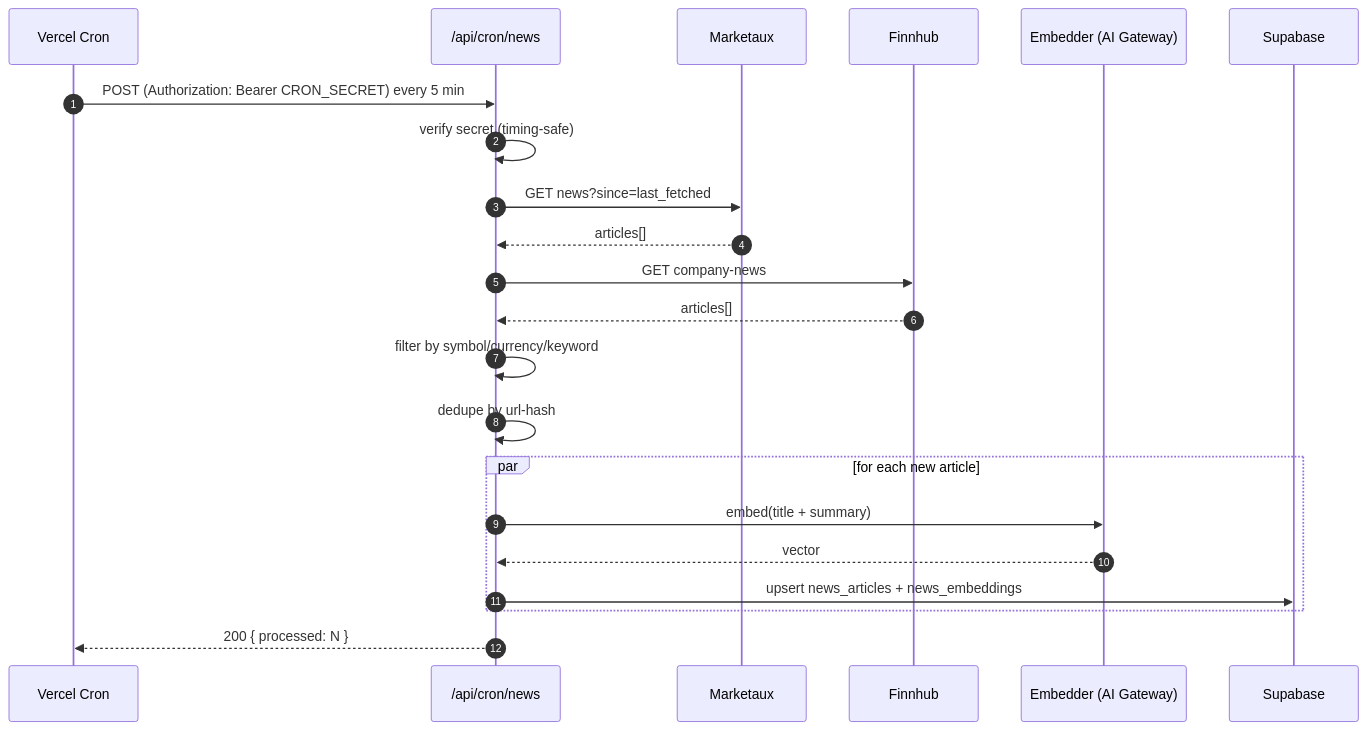
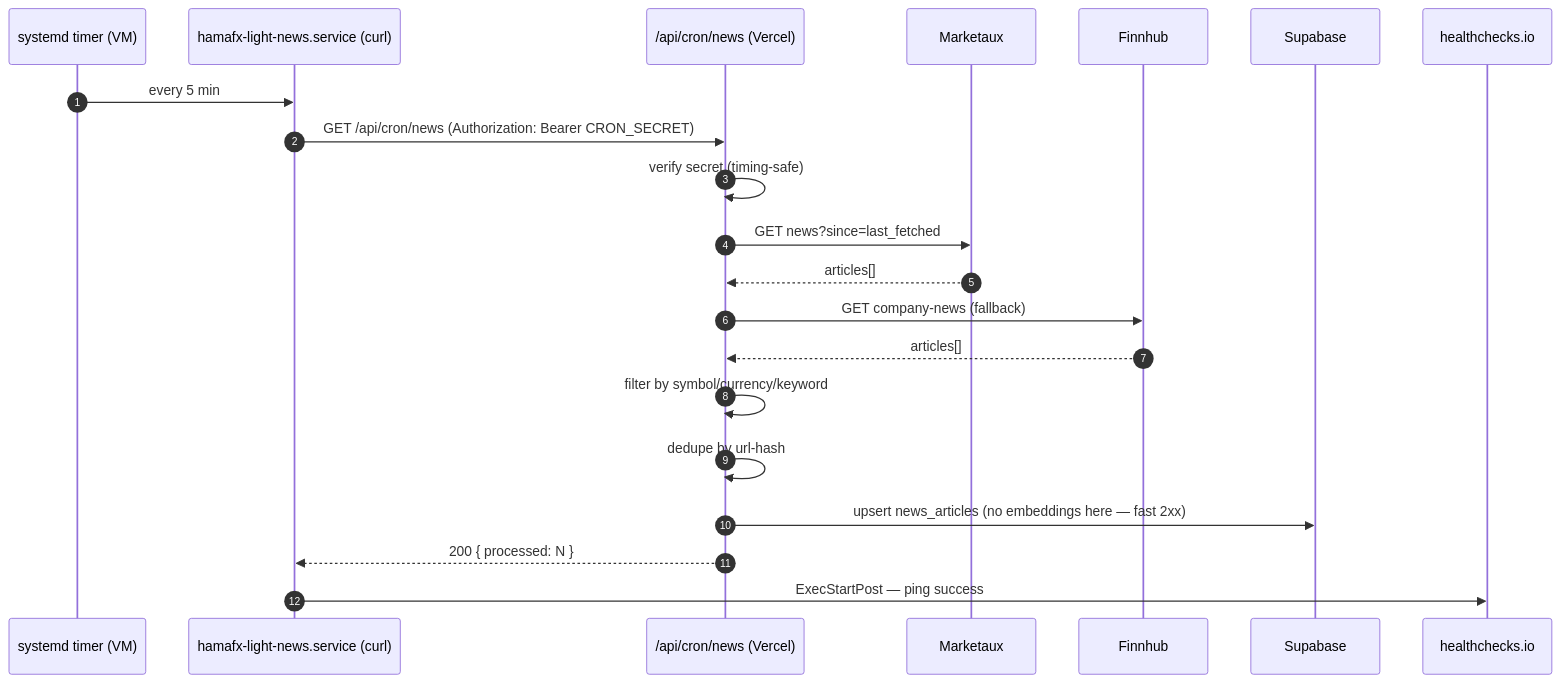
One commit to HamaFx/Kestrel changed the third of 11 diagrams in docs/13-data-flow.md. Above: the diagram before and after it, drawn with Mermaid. The commit also changed other lines of this file and 16 other files, not shown here.

````diff
--- a/docs/13-data-flow.md
+++ b/docs/13-data-flow.md
@@ -79,25 +91,24 @@
 ```mermaid
 sequenceDiagram
     autonumber
-    participant V as Vercel Cron
-    participant W as /api/cron/news
+    participant T as systemd timer (VM)
+    participant Light as hamafx-light-news.service (curl)
+    participant W as /api/cron/news (Vercel)
     participant MX as Marketaux
     participant FH as Finnhub
-    participant E as Embedder (AI Gateway)
     participant DB as Supabase
+    participant HC as healthchecks.io
 
-    V->>W: POST (Authorization: Bearer CRON_SECRET) every 5 min
+    T->>Light: every 5 min
+    Light->>W: GET /api/cron/news (Authorization: Bearer CRON_SECRET)
     W->>W: verify secret (timing-safe)
     W->>MX: GET news?since=last_fetched
     MX-->>W: articles[]
-    W->>FH: GET company-news
+    W->>FH: GET company-news (fallback)
     FH-->>W: articles[]
     W->>W: filter by symbol/currency/keyword
     W->>W: dedupe by url-hash
-    par for each new article
-      W->>E: embed(title + summary)
-      E-->>W: vector
-      W->>DB: upsert news_articles + news_embeddings
-    end
-    W-->>V: 200 { processed: N }
+    W->>DB: upsert news_articles (no embeddings here — fast 2xx)
+    W-->>Light: 200 { processed: N }
+    Light->>HC: ExecStartPost — ping success
 ```
````
